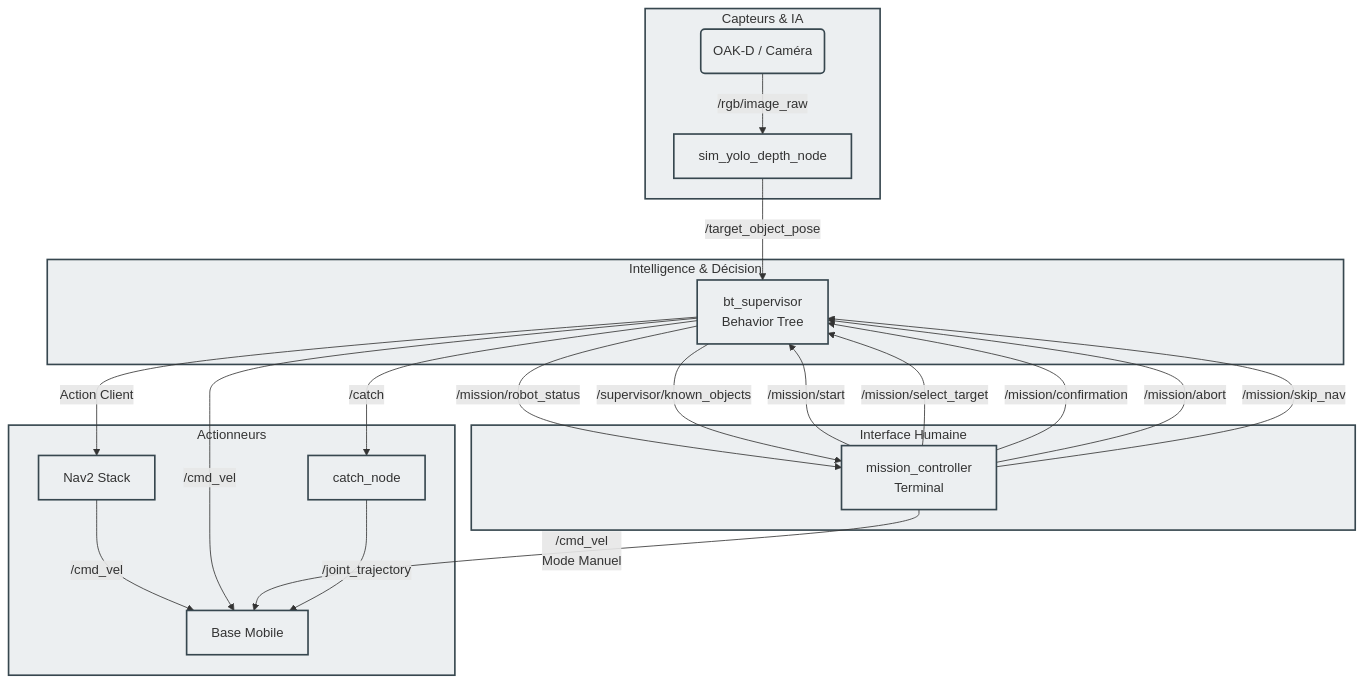
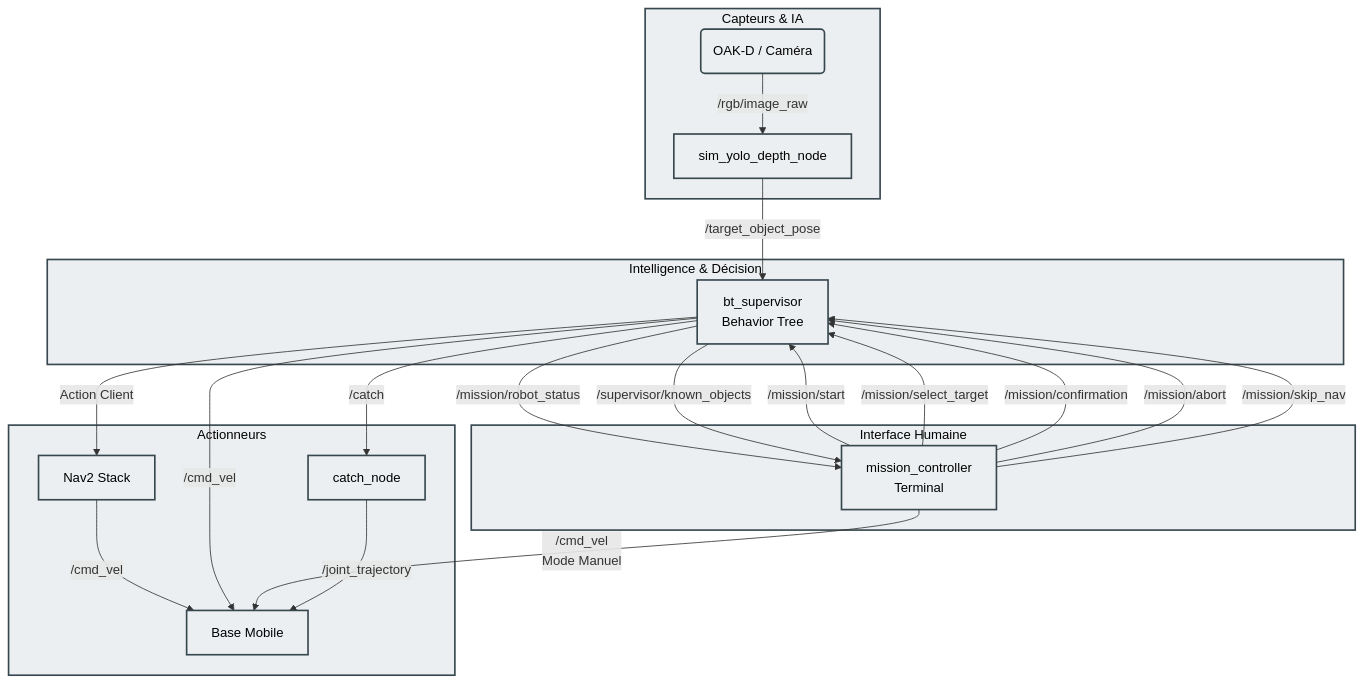
One commit to NoeFBou/exploration_and_research_turtlebot changed the second of 3 diagrams in README.md. Above: the diagram before and after it, drawn with Mermaid.

````diff
--- a/README.md
+++ b/README.md
@@ -303,51 +303,52 @@
 ```mermaid
 graph TD
     %% Noeuds ROS 2
     subgraph SENSORS [Capteurs & IA]
         Cam(OAK-D / Caméra)
         YOLO[sim_yolo_depth_node]
     end
 
     subgraph BRAIN [Intelligence & Décision]
         BT[bt_supervisor<br/>Behavior Tree]
     end
 
     subgraph UI [Interface Humaine]
         CTRL[mission_controller<br/>Terminal]
     end
 
     subgraph ACTUATORS [Actionneurs]
         Nav2[Nav2 Stack]
         Catch[catch_node]
         Base[Base Mobile]
     end
 
     %% Flux de données (Topics)
     Cam -->|/rgb/image_raw| YOLO
     YOLO -->|/target_object_pose| BT
     
     %% Communication Supervisor <-> Controller
     BT -->|/mission/robot_status| CTRL
     BT -->|/supervisor/known_objects| CTRL
     
     CTRL -->|/mission/start| BT
     CTRL -->|/mission/select_target| BT
     CTRL -->|/mission/confirmation| BT
     CTRL -->|/mission/abort| BT
     CTRL -->|/mission/skip_nav| BT
 
     %% Actions du Cerveau
     BT -->|Action Client| Nav2
     BT -->|/catch| Catch
     
     %% Commandes Moteurs (Priorités)
     Nav2 -->|/cmd_vel| Base
     BT -->|/cmd_vel| Base
     CTRL -->|/cmd_vel<br/>Mode Manuel| Base
     Catch -->|/joint_trajectory| Base
 
     %% Styles
-    classDef node fill:#eceff1,stroke:#37474f,stroke-width:2px;
+    %% Ajout de color:#000 pour que le titre des subgraphs reste noir
+    classDef node fill:#eceff1,stroke:#37474f,stroke-width:2px,color:#000;
     classDef topic stroke-dasharray: 5 5;
     class SENSORS,BRAIN,UI,ACTUATORS node;
 ```
````
